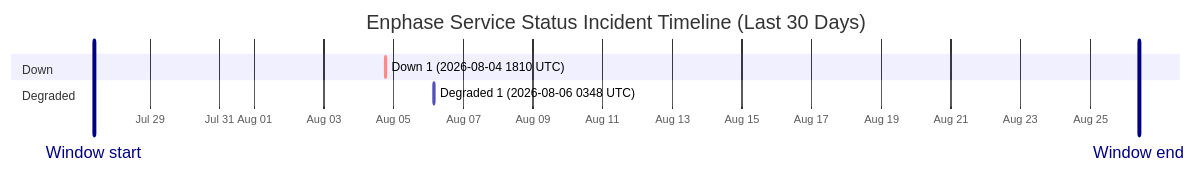
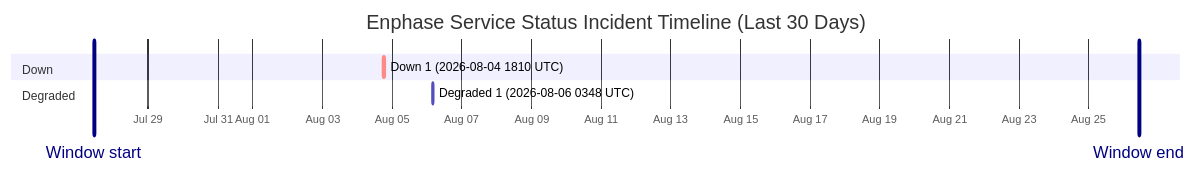
One commit to barneyonline/ha-enphase-energy changed the diagram in wiki/Service-Status-History.md. Above: the diagram before and after it, drawn with Mermaid. The commit also changed other lines of this file and 3 other files, not shown here.

````diff
--- a/wiki/Service-Status-History.md
+++ b/wiki/Service-Status-History.md
@@ -14,12 +14,12 @@
 ```mermaid
 gantt
     title Enphase Service Status Incident Timeline (Last 30 Days)
     dateFormat  YYYY-MM-DDTHH:mm:ss
     axisFormat  %b %d
-    Window start :vert, window-start, 2026-07-27T09:38:49, 0ms
-    Window end :vert, window-end, 2026-08-26T09:38:49, 0ms
+    Window start :vert, window-start, 2026-07-27T10:32:40, 0ms
+    Window end :vert, window-end, 2026-08-26T10:32:40, 0ms
     section Down
     Down 1 (2026-08-04 1810 UTC) :crit, down-1, 2026-08-04T18:10:46, 60m
     section Degraded
     Degraded 1 (2026-08-06 0348 UTC) :active, degraded-1, 2026-08-06T03:48:14, 60m
 ```
````
